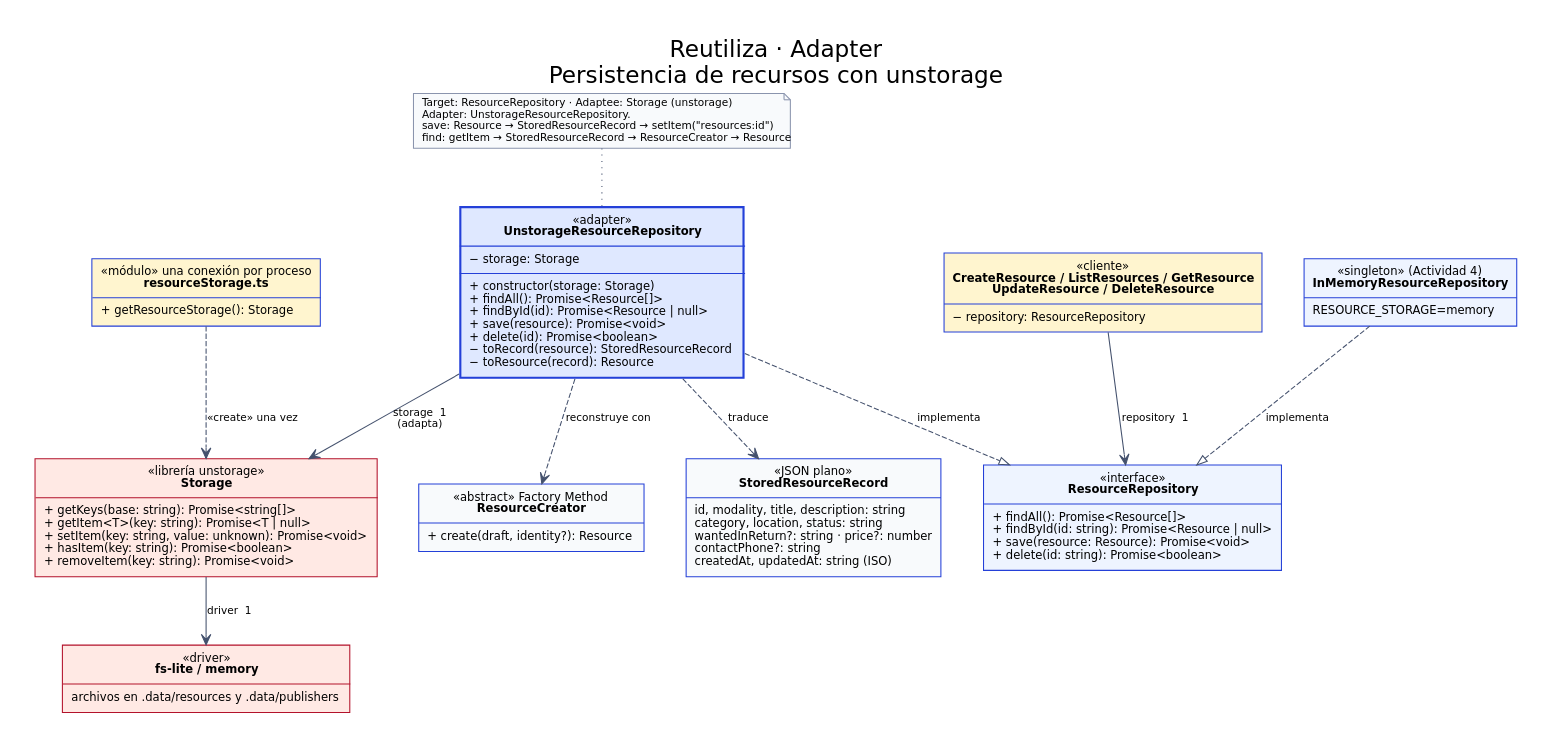
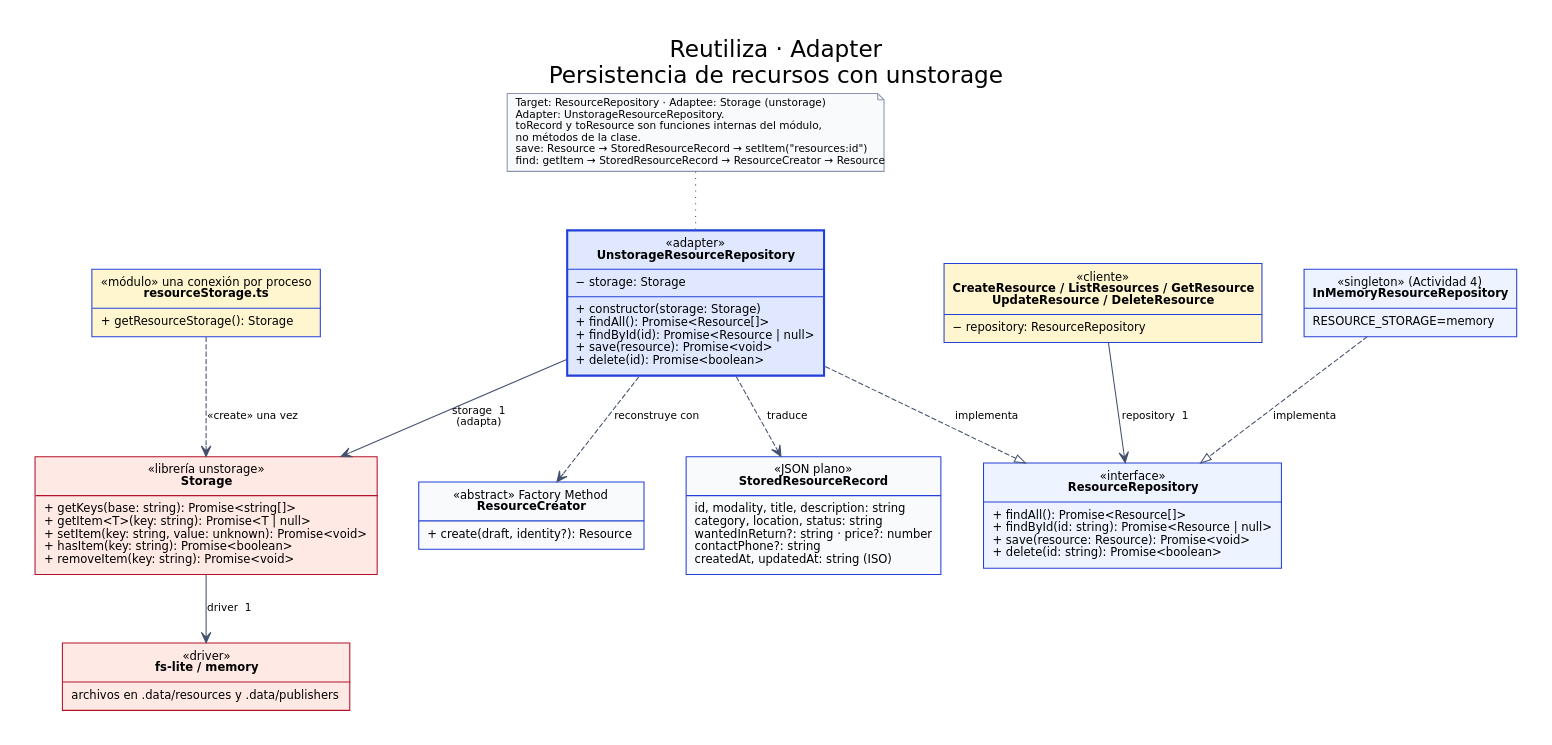
Before and after one commit to Morenosebas/reto-3: the diagram in docs/uml/adapter.dot, drawn with Graphviz. The commit also changed 13 other files, not shown here.

```diff
--- a/docs/uml/adapter.dot
+++ b/docs/uml/adapter.dot
@@ -1,65 +1,65 @@
 digraph Adapter {
  graph [rankdir=TB, bgcolor="white", pad="0.35", nodesep="0.55", ranksep="0.75", label="Reutiliza · Adapter\nPersistencia de recursos con unstorage", labelloc=t, fontsize=22, fontname="DejaVu Sans"];
  node [shape=plain, fontname="DejaVu Sans", fontsize=11];
  edge [fontname="DejaVu Sans", fontsize=10, color="#44516d"];
 
  UseCases [label=<<TABLE BORDER="1" CELLBORDER="0" CELLSPACING="0" CELLPADDING="7" BGCOLOR="#fff5cf" COLOR="#2440d8">
   <TR><TD>«cliente»<BR/><B>CreateResource / ListResources / GetResource<BR/>UpdateResource / DeleteResource</B></TD></TR><HR/>
   <TR><TD ALIGN="LEFT">− repository: ResourceRepository<BR ALIGN="LEFT"/></TD></TR>
  </TABLE>>];
 
  Target [label=<<TABLE BORDER="1" CELLBORDER="0" CELLSPACING="0" CELLPADDING="7" BGCOLOR="#eef4ff" COLOR="#2440d8">
   <TR><TD>«interface»<BR/><B>ResourceRepository</B></TD></TR><HR/>
   <TR><TD ALIGN="LEFT">+ findAll(): Promise&lt;Resource[]&gt;<BR ALIGN="LEFT"/>+ findById(id: string): Promise&lt;Resource | null&gt;<BR ALIGN="LEFT"/>+ save(resource: Resource): Promise&lt;void&gt;<BR ALIGN="LEFT"/>+ delete(id: string): Promise&lt;boolean&gt;<BR ALIGN="LEFT"/></TD></TR>
  </TABLE>>];
 
  Adapter [label=<<TABLE BORDER="2" CELLBORDER="0" CELLSPACING="0" CELLPADDING="7" BGCOLOR="#dfe8ff" COLOR="#2440d8">
   <TR><TD>«adapter»<BR/><B>UnstorageResourceRepository</B></TD></TR><HR/>
   <TR><TD ALIGN="LEFT">− storage: Storage<BR ALIGN="LEFT"/></TD></TR><HR/>
-  <TR><TD ALIGN="LEFT">+ constructor(storage: Storage)<BR ALIGN="LEFT"/>+ findAll(): Promise&lt;Resource[]&gt;<BR ALIGN="LEFT"/>+ findById(id): Promise&lt;Resource | null&gt;<BR ALIGN="LEFT"/>+ save(resource): Promise&lt;void&gt;<BR ALIGN="LEFT"/>+ delete(id): Promise&lt;boolean&gt;<BR ALIGN="LEFT"/>− toRecord(resource): StoredResourceRecord<BR ALIGN="LEFT"/>− toResource(record): Resource<BR ALIGN="LEFT"/></TD></TR>
+  <TR><TD ALIGN="LEFT">+ constructor(storage: Storage)<BR ALIGN="LEFT"/>+ findAll(): Promise&lt;Resource[]&gt;<BR ALIGN="LEFT"/>+ findById(id): Promise&lt;Resource | null&gt;<BR ALIGN="LEFT"/>+ save(resource): Promise&lt;void&gt;<BR ALIGN="LEFT"/>+ delete(id): Promise&lt;boolean&gt;<BR ALIGN="LEFT"/></TD></TR>
  </TABLE>>];
 
  Memory [label=<<TABLE BORDER="1" CELLBORDER="0" CELLSPACING="0" CELLPADDING="7" BGCOLOR="#eef4ff" COLOR="#2440d8">
   <TR><TD>«singleton» (Actividad 4)<BR/><B>InMemoryResourceRepository</B></TD></TR><HR/>
   <TR><TD ALIGN="LEFT">RESOURCE_STORAGE=memory<BR ALIGN="LEFT"/></TD></TR>
  </TABLE>>];
 
  Adaptee [label=<<TABLE BORDER="1" CELLBORDER="0" CELLSPACING="0" CELLPADDING="7" BGCOLOR="#ffe9e4" COLOR="#b3122b">
   <TR><TD>«librería unstorage»<BR/><B>Storage</B></TD></TR><HR/>
   <TR><TD ALIGN="LEFT">+ getKeys(base: string): Promise&lt;string[]&gt;<BR ALIGN="LEFT"/>+ getItem&lt;T&gt;(key: string): Promise&lt;T | null&gt;<BR ALIGN="LEFT"/>+ setItem(key: string, value: unknown): Promise&lt;void&gt;<BR ALIGN="LEFT"/>+ hasItem(key: string): Promise&lt;boolean&gt;<BR ALIGN="LEFT"/>+ removeItem(key: string): Promise&lt;void&gt;<BR ALIGN="LEFT"/></TD></TR>
  </TABLE>>];
 
  Driver [label=<<TABLE BORDER="1" CELLBORDER="0" CELLSPACING="0" CELLPADDING="7" BGCOLOR="#ffe9e4" COLOR="#b3122b">
   <TR><TD>«driver»<BR/><B>fs-lite / memory</B></TD></TR><HR/>
   <TR><TD ALIGN="LEFT">archivos en .data/resources y .data/publishers<BR ALIGN="LEFT"/></TD></TR>
  </TABLE>>];
 
  Record [label=<<TABLE BORDER="1" CELLBORDER="0" CELLSPACING="0" CELLPADDING="7" BGCOLOR="#f8fafc" COLOR="#2440d8">
   <TR><TD>«JSON plano»<BR/><B>StoredResourceRecord</B></TD></TR><HR/>
   <TR><TD ALIGN="LEFT">id, modality, title, description: string<BR ALIGN="LEFT"/>category, location, status: string<BR ALIGN="LEFT"/>wantedInReturn?: string · price?: number<BR ALIGN="LEFT"/>contactPhone?: string<BR ALIGN="LEFT"/>createdAt, updatedAt: string (ISO)<BR ALIGN="LEFT"/></TD></TR>
  </TABLE>>];
 
  Creator [label=<<TABLE BORDER="1" CELLBORDER="0" CELLSPACING="0" CELLPADDING="7" BGCOLOR="#f8fafc" COLOR="#2440d8">
   <TR><TD>«abstract» Factory Method<BR/><B>ResourceCreator</B></TD></TR><HR/>
   <TR><TD ALIGN="LEFT">+ create(draft, identity?): Resource<BR ALIGN="LEFT"/></TD></TR>
  </TABLE>>];
 
  Connection [label=<<TABLE BORDER="1" CELLBORDER="0" CELLSPACING="0" CELLPADDING="7" BGCOLOR="#fff5cf" COLOR="#2440d8">
   <TR><TD>«módulo» una conexión por proceso<BR/><B>resourceStorage.ts</B></TD></TR><HR/>
   <TR><TD ALIGN="LEFT">+ getResourceStorage(): Storage<BR ALIGN="LEFT"/></TD></TR>
  </TABLE>>];
 
- Note [shape=note, style=filled, fillcolor="#f8fafc", color="#8a94ad", fontname="DejaVu Sans", fontsize=10, label="Target: ResourceRepository · Adaptee: Storage (unstorage)\lAdapter: UnstorageResourceRepository.\lsave: Resource → StoredResourceRecord → setItem(\"resources:id\")\lfind: getItem → StoredResourceRecord → ResourceCreator → Resource\l"];
+ Note [shape=note, style=filled, fillcolor="#f8fafc", color="#8a94ad", fontname="DejaVu Sans", fontsize=10, label="Target: ResourceRepository · Adaptee: Storage (unstorage)\lAdapter: UnstorageResourceRepository.\ltoRecord y toResource son funciones internas del módulo,\lno métodos de la clase.\lsave: Resource → StoredResourceRecord → setItem(\"resources:id\")\lfind: getItem → StoredResourceRecord → ResourceCreator → Resource\l"];
 
  UseCases -> Target [arrowhead=vee, label=" repository  1"];
  Adapter -> Target [style=dashed, arrowhead=empty, label=" implementa"];
  Memory -> Target [style=dashed, arrowhead=empty, label=" implementa"];
  Adapter -> Adaptee [arrowhead=vee, label=" storage  1\n (adapta)"];
  Adapter -> Record [style=dashed, arrowhead=vee, label=" traduce"];
  Adapter -> Creator [style=dashed, arrowhead=vee, label=" reconstruye con"];
  Adaptee -> Driver [arrowhead=vee, label=" driver  1"];
  Connection -> Adaptee [style=dashed, arrowhead=vee, label=" «create» una vez"];
  Note -> Adapter [style=dotted, arrowhead=none];
  {rank=same; Adapter; Memory}
  {rank=same; Adaptee; Record; Creator}
 }
```
